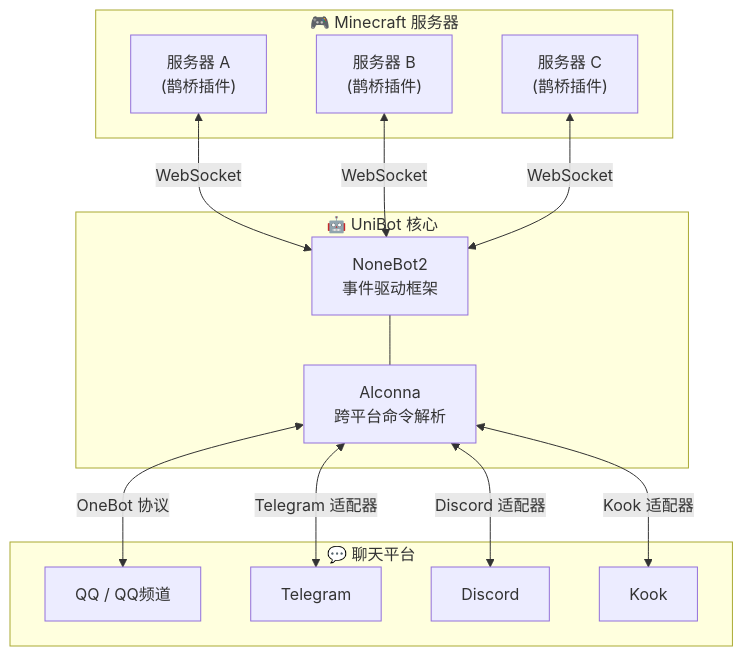
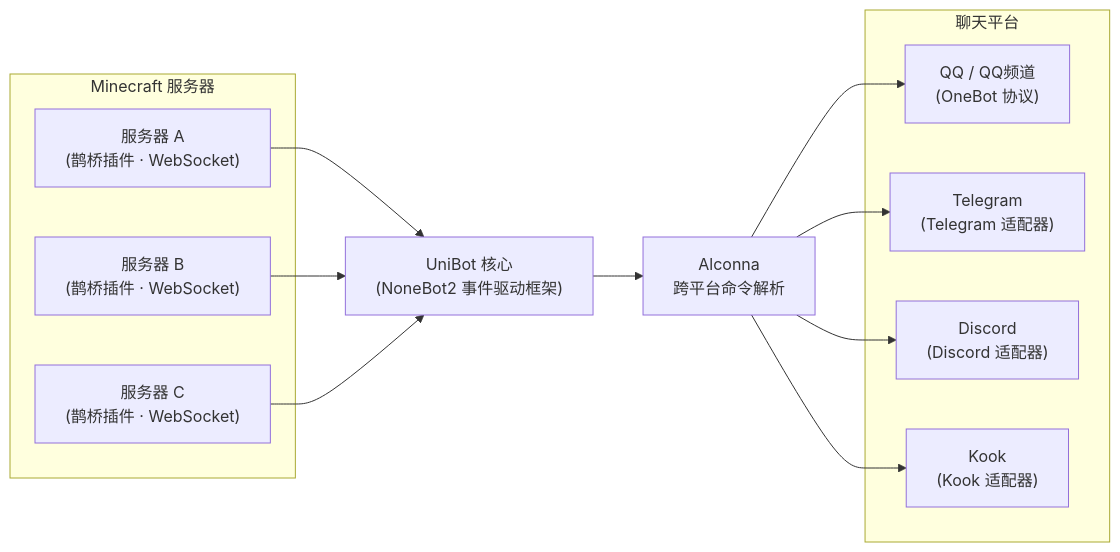
The diagram in Docs/docs/unibot/架构设计.md (FFDVDGD/UniBot), drawn with Mermaid before and after one commit. The commit also changed other lines of this file and 20 other files, not shown here.

````diff
--- a/Docs/docs/unibot/架构设计.md
+++ b/Docs/docs/unibot/架构设计.md
@@ -69,29 +69,27 @@
 ```mermaid
-flowchart TB
-    subgraph MC["🎮 Minecraft 服务器"]
-        S1["服务器 A\n(鹊桥插件)"]
-        S2["服务器 B\n(鹊桥插件)"]
-        S3["服务器 C\n(鹊桥插件)"]
+flowchart LR
+    subgraph SERVERS["Minecraft 服务器"]
+        mc1["服务器 A<br/>(鹊桥插件 · WebSocket)"]
+        mc2["服务器 B<br/>(鹊桥插件 · WebSocket)"]
+        mc3["服务器 C<br/>(鹊桥插件 · WebSocket)"]
     end
 
-    subgraph BOT["🤖 UniBot 核心"]
-        CORE["NoneBot2\n事件驱动框架"]
-        AC["Alconna\n跨平台命令解析"]
+    core["UniBot 核心<br/>(NoneBot2 事件驱动框架)"]
+    ac["Alconna<br/>跨平台命令解析"]
+
+    subgraph PLATFORMS["聊天平台"]
+        qq["QQ / QQ频道<br/>(OneBot 协议)"]
+        tg["Telegram<br/>(Telegram 适配器)"]
+        dc["Discord<br/>(Discord 适配器)"]
+        kk["Kook<br/>(Kook 适配器)"]
     end
 
-    subgraph PLAT["💬 聊天平台"]
-        QQ["QQ / QQ频道"]
-        TG["Telegram"]
-        DC["Discord"]
-        KK["Kook"]
-    end
-
-    S1 <-->|WebSocket| CORE
-    S2 <-->|WebSocket| CORE
-    S3 <-->|WebSocket| CORE
-    CORE --- AC
-    AC <-->|OneBot 协议| QQ
-    AC <-->|Telegram 适配器| TG
-    AC <-->|Discord 适配器| DC
-    AC <-->|Kook 适配器| KK
+    mc1 --> core
+    mc2 --> core
+    mc3 --> core
+    core --> ac
+    ac --> qq
+    ac --> tg
+    ac --> dc
+    ac --> kk
 ```
````
